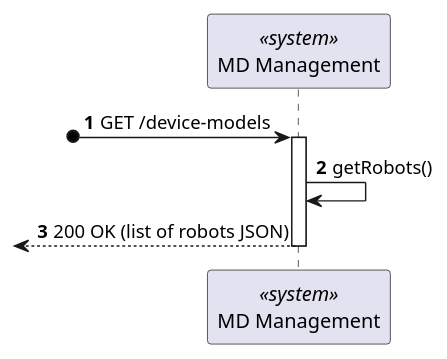
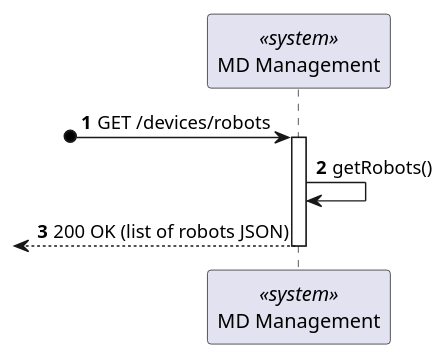
Before and after one commit to miseEnPlace-dev/lapr5: the diagram in _wiki/sprint-a/us21-380/views/level-2/process-view.puml, drawn with PlantUML. The commit also changed 2 other files, not shown here.

```diff
--- a/_wiki/sprint-a/us21-380/views/level-2/process-view.puml
+++ b/_wiki/sprint-a/us21-380/views/level-2/process-view.puml
@@ -1,12 +1,12 @@
 @startuml process-view
 autonumber
 participant SYS as "MD Management" <<system>>
 
-?o-> SYS : GET /device-models
+?o-> SYS : GET /devices/robots
 activate SYS
 
 SYS -> SYS : getRobots()
 <-- SYS : 200 OK (list of robots JSON)
 deactivate SYS
 
 @enduml
```
